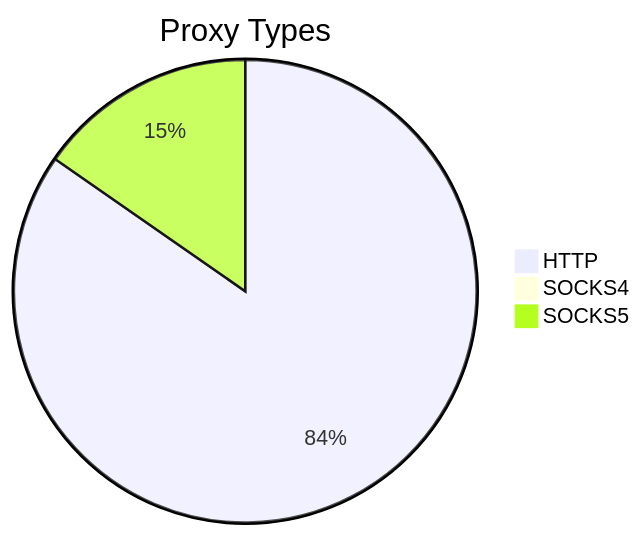
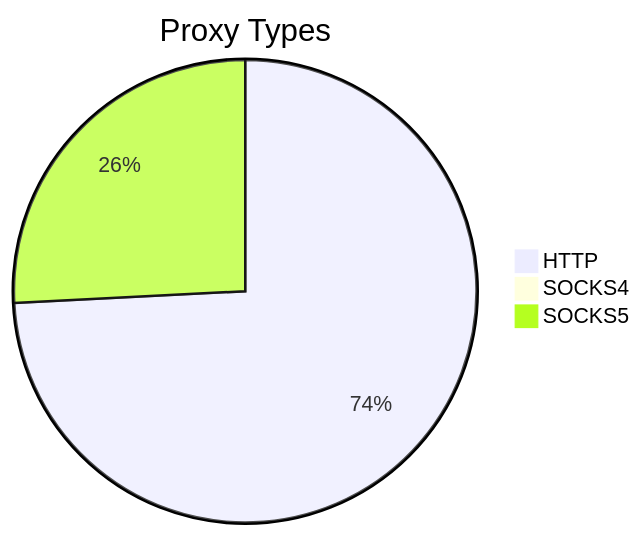
One commit to stormsia/proxy-list changed the first of 2 diagrams in README.md. Above: the diagram before and after it, drawn with Mermaid. The commit also changed other lines of this file, not shown here.

````diff
--- a/README.md
+++ b/README.md
@@ -21,6 +21,6 @@
 ```mermaid
 pie title Proxy Types
-    "HTTP" : 1248
-    "SOCKS4" : 14
-    "SOCKS5" : 226
+    "HTTP" : 1829
+    "SOCKS4" : 17
+    "SOCKS5" : 636
 ```
````
